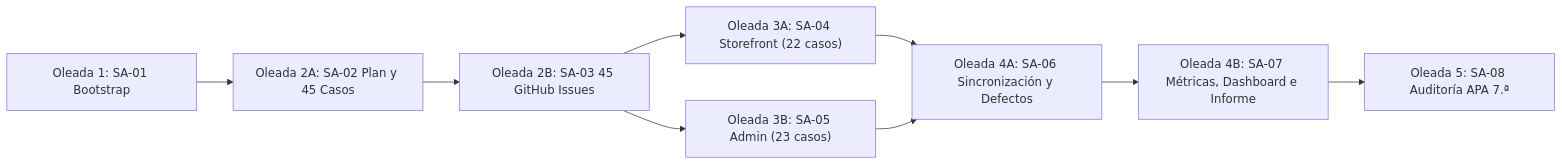
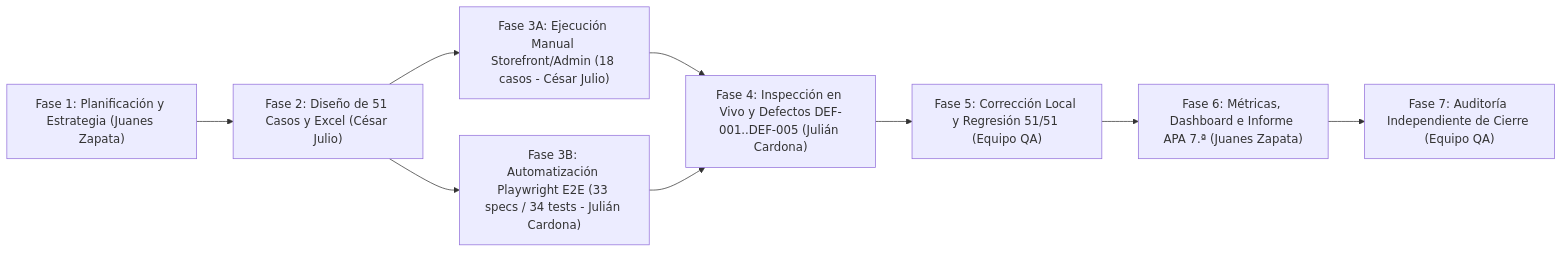
One commit to JuanZ14-Dev/medusa-qa changed the diagram in docs/dashboard.md. Above: the diagram before and after it, drawn with Mermaid. The commit also changed other lines of this file and 49 other files, not shown here.

Commit message:
feat(qa): complete M1 defect lifecycle and M2 R1 cleanup, Excel workbook, metrics, and APA 7 docs

````diff
--- a/docs/dashboard.md
+++ b/docs/dashboard.md
@@ -38,11 +38,11 @@
 ```mermaid
 flowchart LR
-  SA01["Oleada 1: SA-01 Bootstrap"] --> SA02["Oleada 2A: SA-02 Plan y 45 Casos"]
-  SA02 --> SA03["Oleada 2B: SA-03 45 GitHub Issues"]
-  SA03 --> SA04["Oleada 3A: SA-04 Storefront (22 casos)"]
-  SA03 --> SA05["Oleada 3B: SA-05 Admin (23 casos)"]
-  SA04 --> SA06["Oleada 4A: SA-06 Sincronización y Defectos"]
-  SA05 --> SA06
-  SA06 --> SA07["Oleada 4B: SA-07 Métricas, Dashboard e Informe"]
-  SA07 --> SA08["Oleada 5: SA-08 Auditoría APA 7.ª"]
+  F1["Fase 1: Planificación y Estrategia (Juanes Zapata)"] --> F2["Fase 2: Diseño de 51 Casos y Excel (César Julio)"]
+  F2 --> F3A["Fase 3A: Ejecución Manual Storefront/Admin (18 casos - César Julio)"]
+  F2 --> F3B["Fase 3B: Automatización Playwright E2E (33 specs / 34 tests - Julián Cardona)"]
+  F3A --> F4["Fase 4: Inspección en Vivo y Defectos DEF-001..DEF-005 (Julián Cardona)"]
+  F3B --> F4
+  F4 --> F5["Fase 5: Corrección Local y Regresión 51/51 (Equipo QA)"]
+  F5 --> F6["Fase 6: Métricas, Dashboard e Informe APA 7.ª (Juanes Zapata)"]
+  F6 --> F7["Fase 7: Auditoría Independiente de Cierre (Equipo QA)"]
 ```
````
